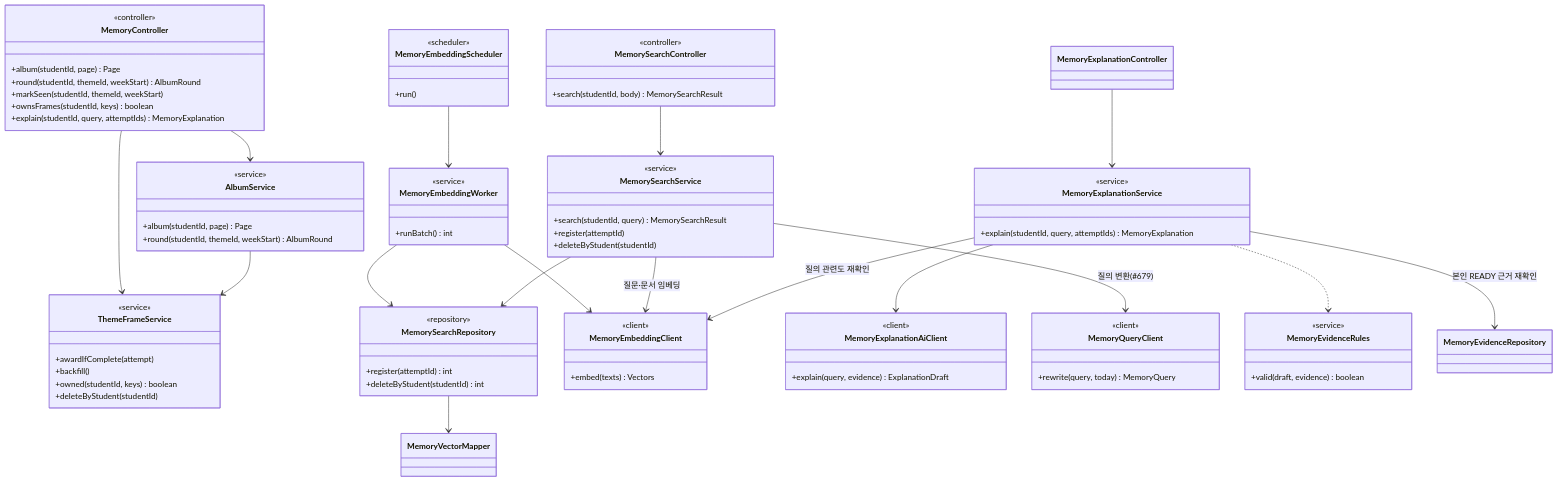
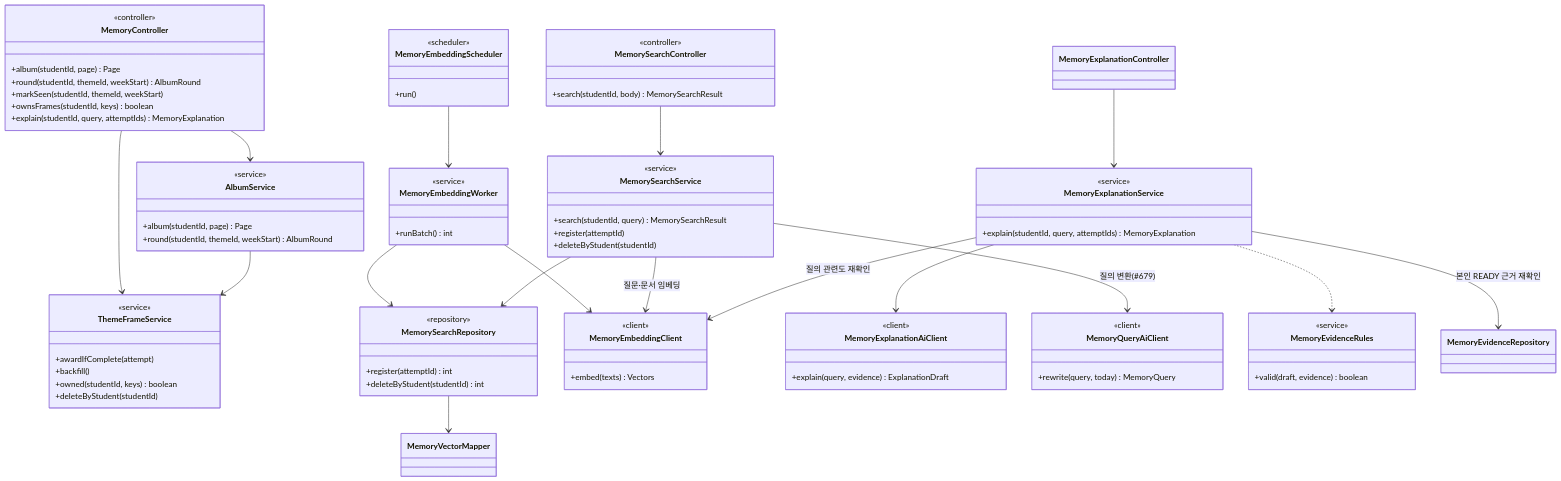
Diagram 15 of 23 in docs/design/class-diagram.md (SKNETWORKS-FAMILY-AICAMP/SKN34-FINAL-3TEAM), drawn with Mermaid before and after one commit. The commit also changed other lines of this file and 20 other files, not shown here.

```diff
--- a/docs/design/class-diagram.md
+++ b/docs/design/class-diagram.md
@@ -2213,7 +2213,7 @@
     <<client>>
     +explain(query, evidence) ExplanationDraft
   }
-  class MemoryQueryClient {
+  class MemoryQueryAiClient {
     <<client>>
     +rewrite(query, today) MemoryQuery
   }
@@ -2232,7 +2232,7 @@
   MemorySearchService --> MemorySearchRepository
   MemorySearchRepository --> MemoryVectorMapper
   MemorySearchService --> MemoryEmbeddingClient : 질문·문서 임베딩
-  MemorySearchService --> MemoryQueryClient : 질의 변환(#679)
+  MemorySearchService --> MemoryQueryAiClient : 질의 변환(#679)
   MemoryExplanationService --> MemoryEvidenceRepository : 본인 READY 근거 재확인
   MemoryExplanationService --> MemoryEmbeddingClient : 질의 관련도 재확인
   MemoryExplanationService --> MemoryExplanationAiClient
```
